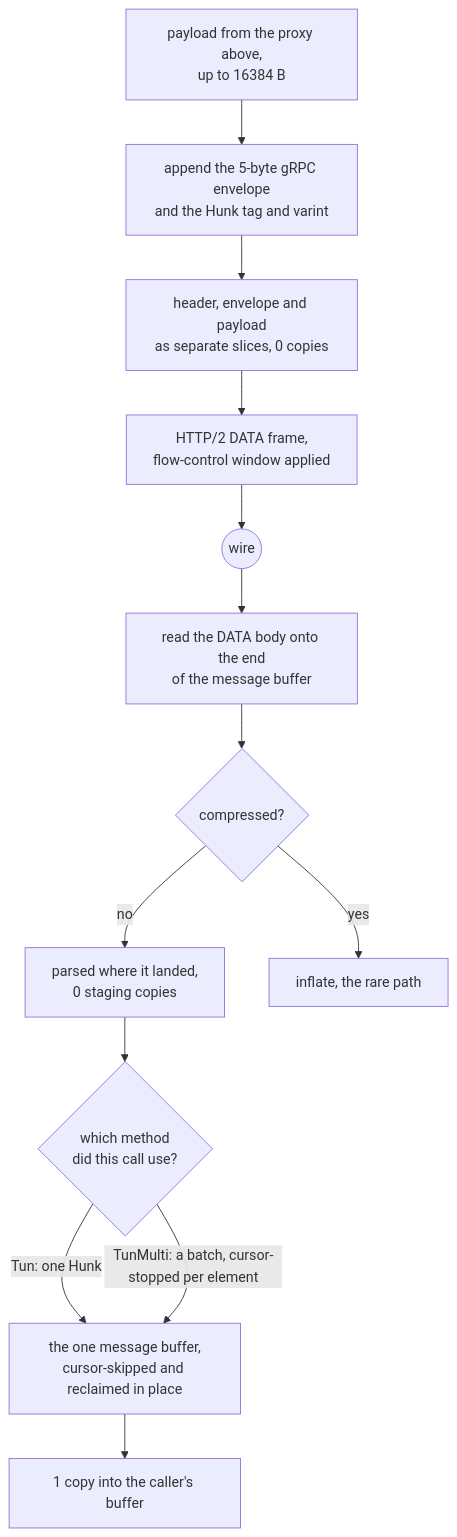
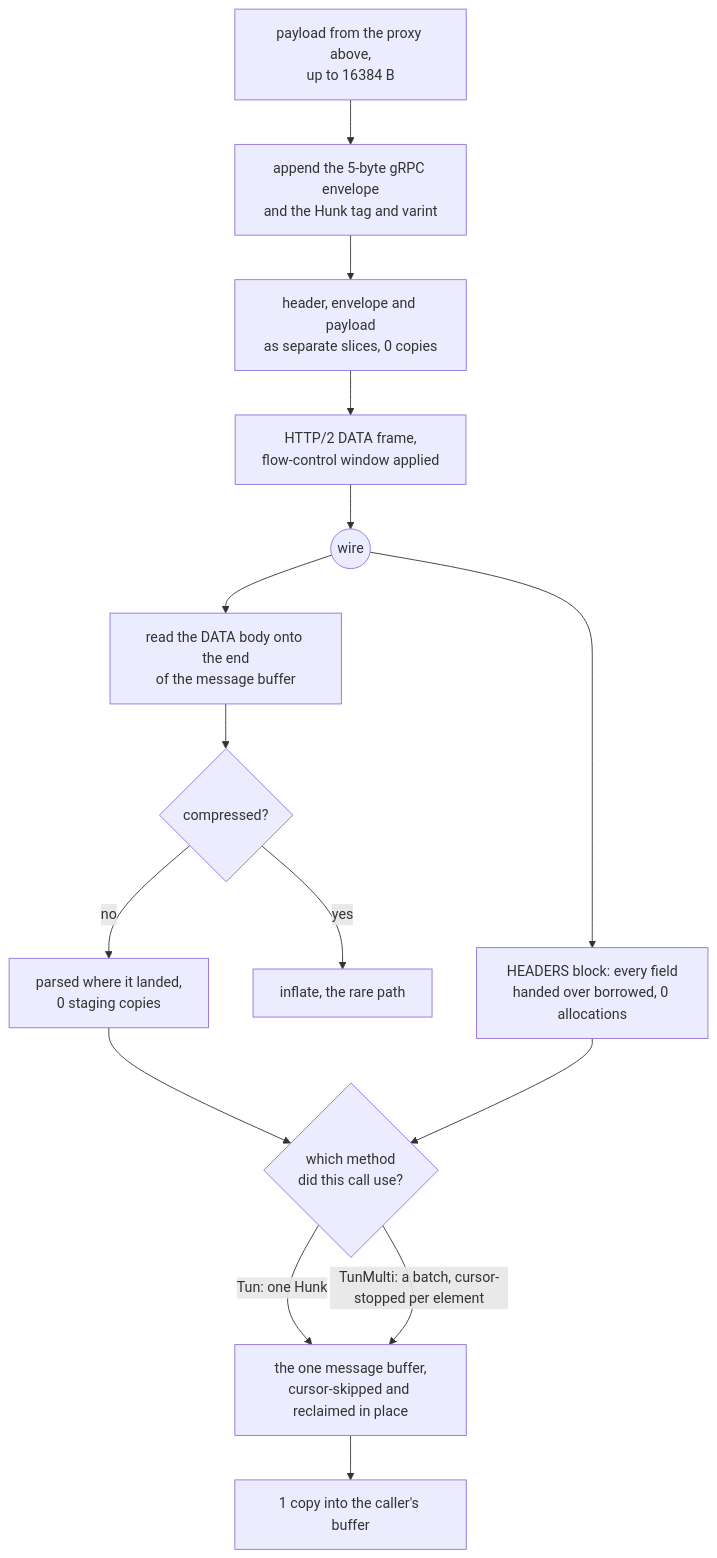
The diagram in docs/function/carrier-grpc.md (Ferrocite/ferrox), drawn with Mermaid before and after one commit. The commit also changed other lines of this file and 5 other files, not shown here.

````diff
--- a/docs/function/carrier-grpc.md
+++ b/docs/function/carrier-grpc.md
@@ -53,15 +53,17 @@
 ```mermaid
 graph TD
     A["payload from the proxy above,<br/>up to 16384 B"] --> B["append the 5-byte gRPC envelope<br/>and the Hunk tag and varint"]
     B --> C["header, envelope and payload<br/>as separate slices, 0 copies"]
     C --> D["HTTP/2 DATA frame,<br/>flow-control window applied"]
     D --> E(("wire"))
     E --> F["read the DATA body onto the end<br/>of the message buffer"]
+    E --> L["HEADERS block: every field<br/>handed over borrowed, 0 allocations"]
     F --> G{"compressed?"}
     G -- no --> H["parsed where it landed,<br/>0 staging copies"]
     G -- yes --> I["inflate, the rare path"]
     H --> M{"which method<br/>did this call use?"}
+    L --> M
     M -- "Tun: one Hunk" --> J
     M -- "TunMulti: a batch, cursor-stopped per element" --> J["the one message buffer,<br/>cursor-skipped and reclaimed in place"]
     J --> K["1 copy into the caller's buffer"]
 ```
````
